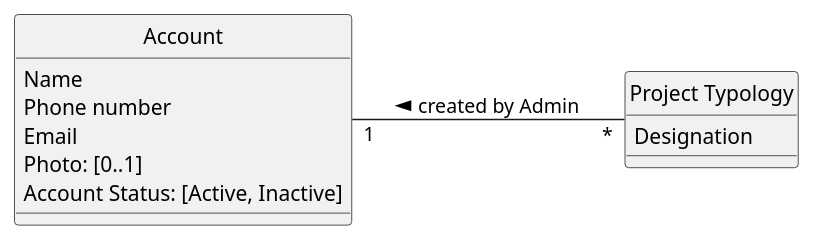
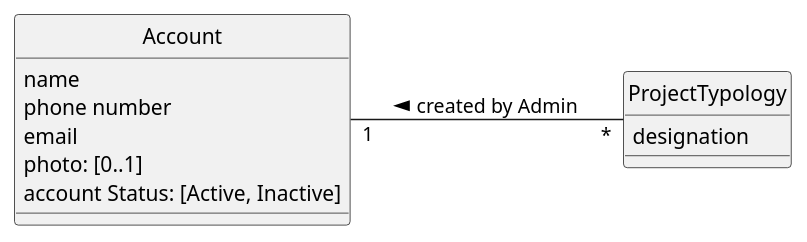
The diagram in docs/modelling_design/user_stories/us007/US007_CreateProjectTypologyDMD.puml (ivo-menezes/project_g3), drawn with PlantUML before and after one commit.

Commit message:
US007 : Analysis : US007_CreateProjectTypologyDMD (small corrections)

```diff
--- a/docs/modelling_design/user_stories/us007/US007_CreateProjectTypologyDMD.puml
+++ b/docs/modelling_design/user_stories/us007/US007_CreateProjectTypologyDMD.puml
@@ -1,20 +1,20 @@
 @startuml
 skinparam style strictuml
 left to right direction
 skinparam groupInheritance 3
 
  class "Account" {
-   Name
-   Phone number
-   Email
-   Photo: [0..1]
+   name
+   phone number
+   email
+   photo: [0..1]
    'the [0..1] in Photo indicates an optional value, see Craig 2004, p.121
-   Account Status: [Active, Inactive]
+   account Status: [Active, Inactive]
  }
 
- class "Project Typology" {
- Designation
+ class "ProjectTypology" {
+ designation
  }
 
-"Account" "1" -- "*" "Project Typology": created by Admin <
+"Account" "1" -- "*" "ProjectTypology": created by Admin <
 @enduml
```
